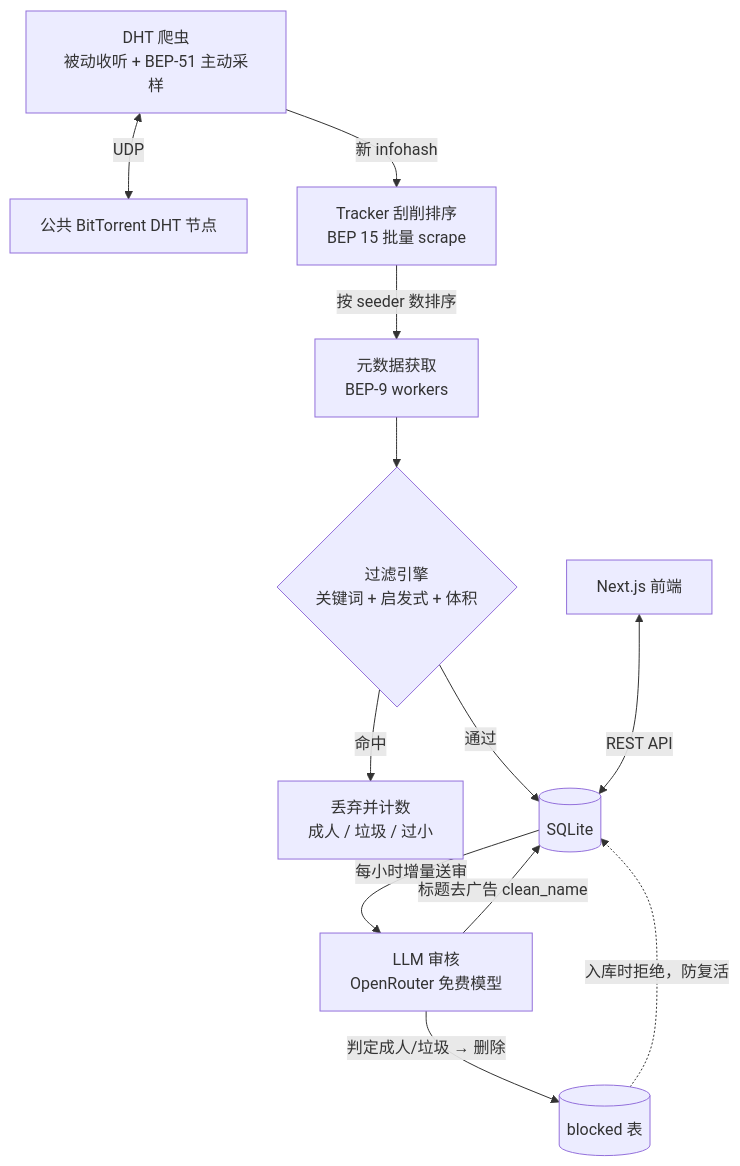
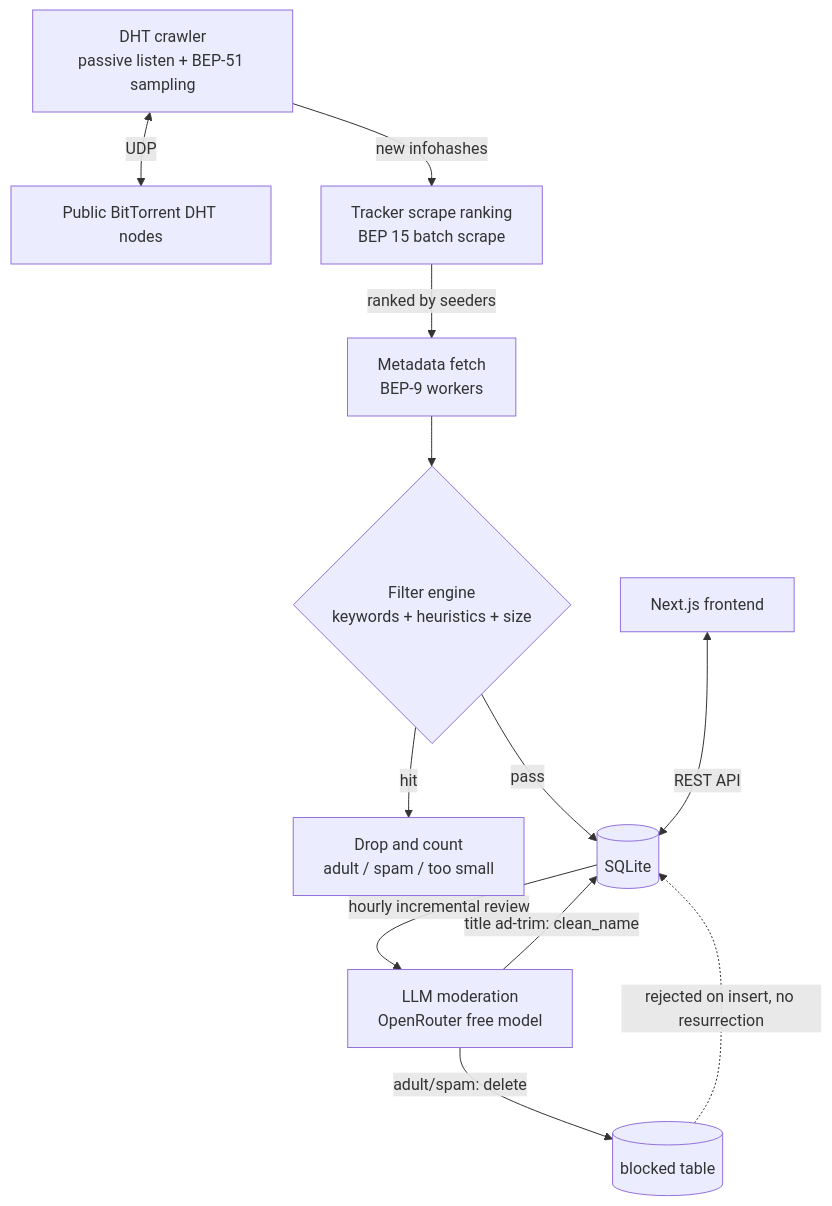
The diagram in README.md (madeye/dhtsearch), drawn with Mermaid before and after one commit.

Commit message:
docs: use English labels in architecture diagram

````diff
--- a/README.md
+++ b/README.md
@@ -11,25 +11,25 @@
 ```mermaid
 flowchart TB
-    DHT["公共 BitTorrent DHT 节点"]
-    Crawler["DHT 爬虫<br/>被动收听 + BEP-51 主动采样"]
-    Scraper["Tracker 刮削排序<br/>BEP 15 批量 scrape"]
-    Fetcher["元数据获取<br/>BEP-9 workers"]
-    Filter{"过滤引擎<br/>关键词 + 启发式 + 体积"}
-    Discard["丢弃并计数<br/>成人 / 垃圾 / 过小"]
+    DHT["Public BitTorrent DHT nodes"]
+    Crawler["DHT crawler<br/>passive listen + BEP-51 sampling"]
+    Scraper["Tracker scrape ranking<br/>BEP 15 batch scrape"]
+    Fetcher["Metadata fetch<br/>BEP-9 workers"]
+    Filter{"Filter engine<br/>keywords + heuristics + size"}
+    Discard["Drop and count<br/>adult / spam / too small"]
     DB[("SQLite")]
-    Web["Next.js 前端"]
-    Mod["LLM 审核<br/>OpenRouter 免费模型"]
-    Blocked[("blocked 表")]
+    Web["Next.js frontend"]
+    Mod["LLM moderation<br/>OpenRouter free model"]
+    Blocked[("blocked table")]
 
     Crawler <-->|UDP| DHT
-    Crawler -->|新 infohash| Scraper
-    Scraper -->|按 seeder 数排序| Fetcher
+    Crawler -->|new infohashes| Scraper
+    Scraper -->|ranked by seeders| Fetcher
     Fetcher --> Filter
-    Filter -->|命中| Discard
-    Filter -->|通过| DB
+    Filter -->|hit| Discard
+    Filter -->|pass| DB
     Web <-->|REST API| DB
-    DB -->|每小时增量送审| Mod
-    Mod -->|判定成人/垃圾 → 删除| Blocked
-    Mod -->|标题去广告 clean_name| DB
-    Blocked -.->|入库时拒绝，防复活| DB
+    DB -->|hourly incremental review| Mod
+    Mod -->|adult/spam: delete| Blocked
+    Mod -->|title ad-trim: clean_name| DB
+    Blocked -.->|rejected on insert, no resurrection| DB
 ```
````
